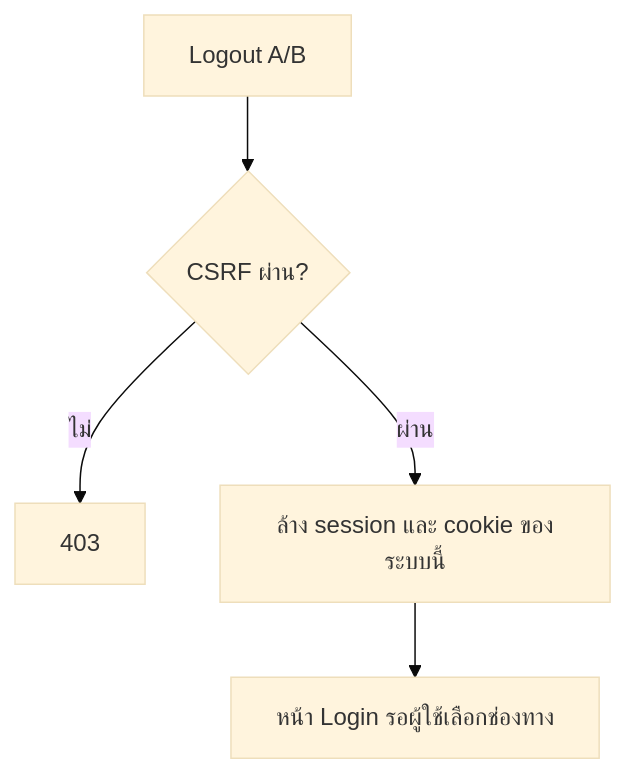
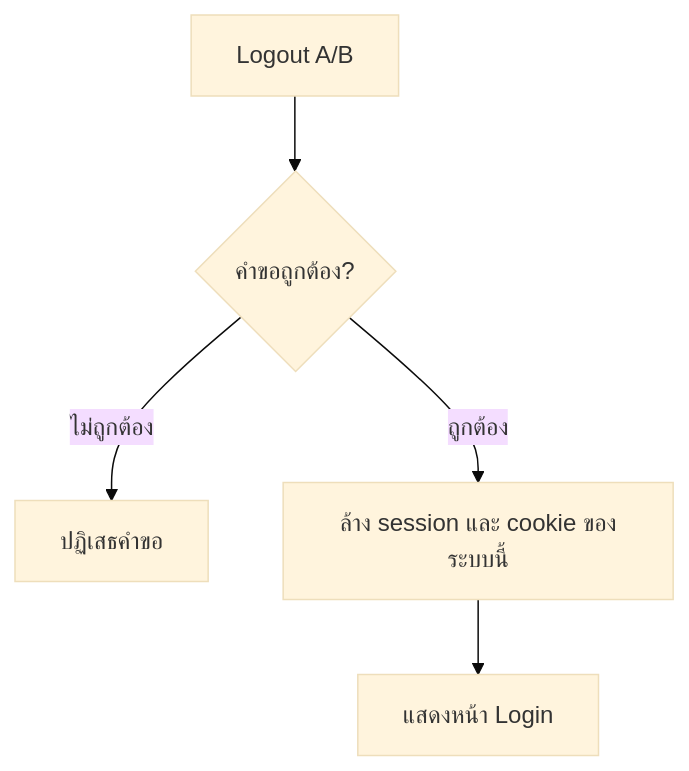
Diagram 16 of 22 in docs/flows/LOGIN-AND-SESSION.md (Sin1apachai/poc_sso), drawn with Mermaid (base theme) before and after one commit. The commit also changed other lines of this file and 69 other files, not shown here.

````diff
--- a/docs/flows/LOGIN-AND-SESSION.md
+++ b/docs/flows/LOGIN-AND-SESSION.md
@@ -382,7 +397,7 @@
 ```mermaid
 flowchart TD
-L[Logout A/B] --> C{CSRF ผ่าน?}
-    C -->|ไม่| E[403]
-    C -->|ผ่าน| D[ล้าง session และ cookie ของระบบนี้]
-    D --> H[หน้า Login รอผู้ใช้เลือกช่องทาง]
+    L[Logout A/B] --> C{คำขอถูกต้อง?}
+    C -->|ไม่ถูกต้อง| E[ปฏิเสธคำขอ]
+    C -->|ถูกต้อง| D[ล้าง session และ cookie ของระบบนี้]
+    D --> H[แสดงหน้า Login]
 ```
````
